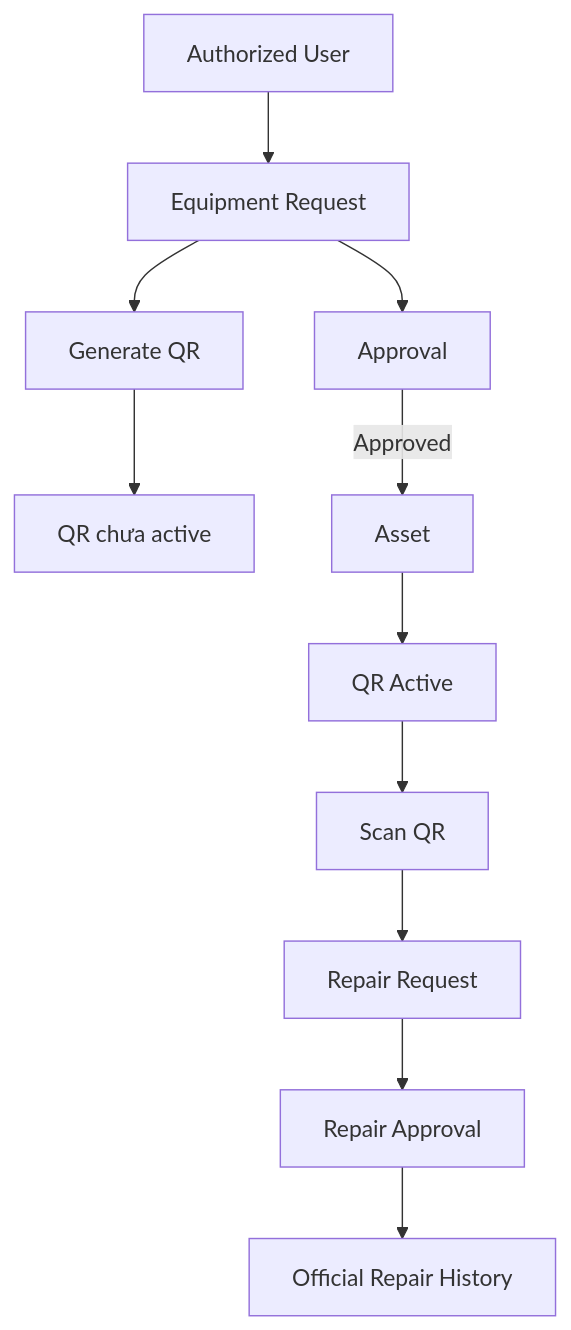
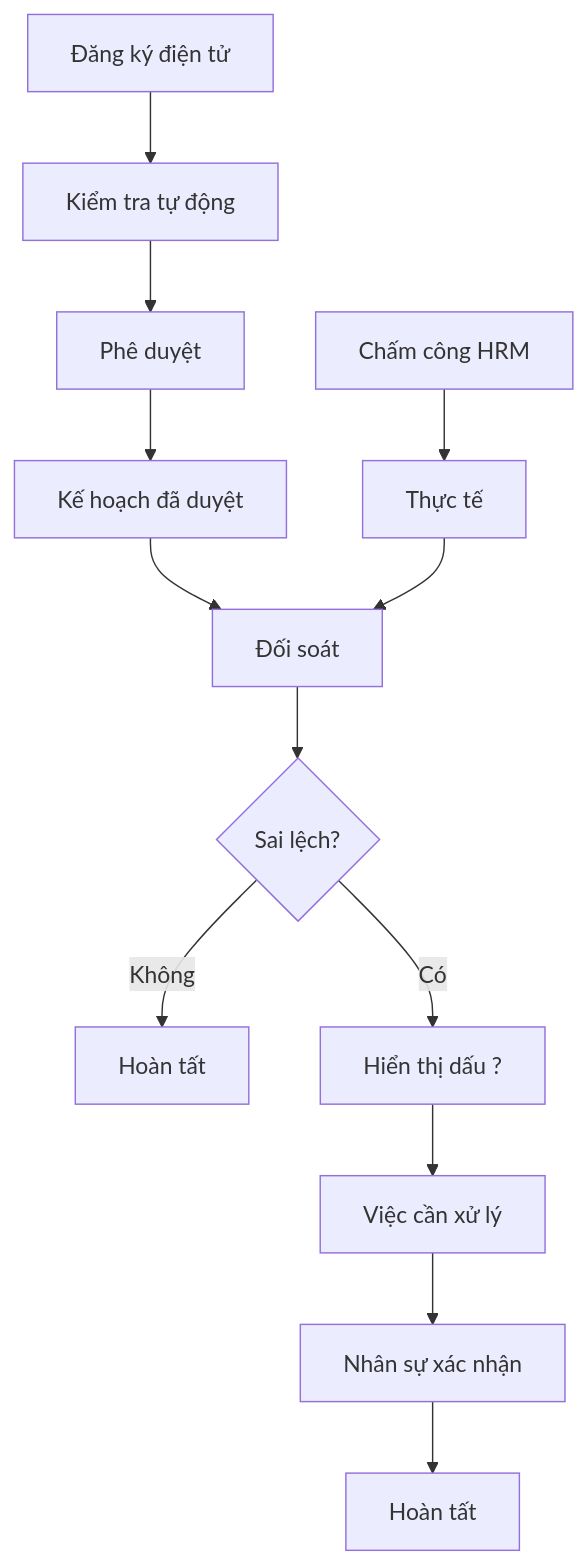
One commit to Nang0559/Reggister changed the fourth of 15 diagrams in MÔ HÌNH/DOCUMENTATION/07_PRESENTATION.md. Above: the diagram before and after it, drawn with Mermaid. The commit also changed other lines of this file and 256 other files, not shown here.

````diff
--- a/MÔ HÌNH/DOCUMENTATION/07_PRESENTATION.md
+++ b/MÔ HÌNH/DOCUMENTATION/07_PRESENTATION.md
@@ -208,13 +186,15 @@
 ```mermaid
 flowchart TD
-    U[Authorized User] --> R[Equipment Request]
-    R --> QR[Generate QR]
-    QR --> IN[QR chưa active]
-    R --> AP[Approval]
-    AP -->|Approved| ASSET[Asset]
-    ASSET --> ACTIVE[QR Active]
-    ACTIVE --> SCAN[Scan QR]
-    SCAN --> REP[Repair Request]
-    REP --> RAP[Repair Approval]
-    RAP --> HIST[Official Repair History]
+    A[Đăng ký điện tử] --> B[Kiểm tra tự động]
+    B --> C[Phê duyệt]
+    C --> D[Kế hoạch đã duyệt]
+    H[Chấm công HRM] --> E[Thực tế]
+    D --> F[Đối soát]
+    E --> F
+    F --> G{Sai lệch?}
+    G -->|Không| H1[Hoàn tất]
+    G -->|Có| I[Hiển thị dấu ?]
+    I --> J[Việc cần xử lý]
+    J --> K[Nhân sự xác nhận]
+    K --> L[Hoàn tất]
 ```
````
